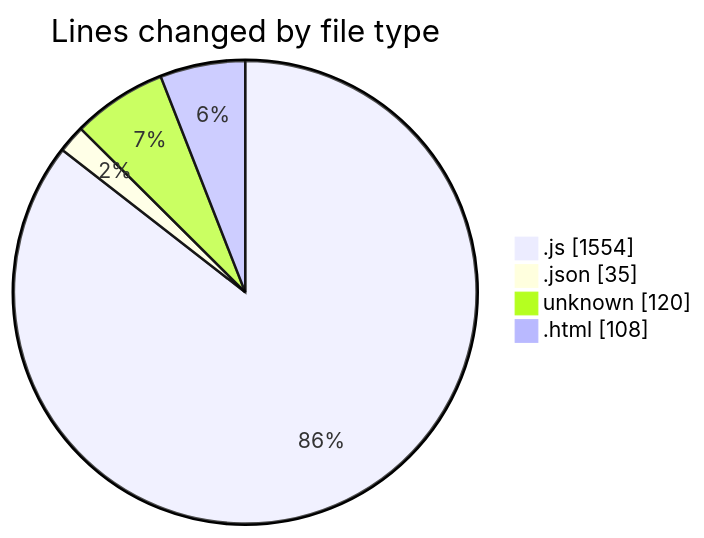
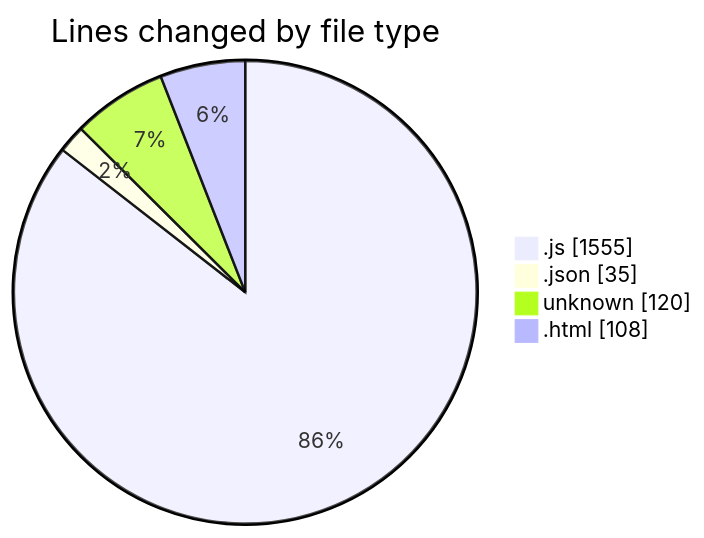
The first of 2 diagrams in 2026-02-20/bot_i_a/README.md (becaeroporto-bot/code-tracking), drawn with Mermaid before and after one commit. The commit also changed other lines of this file and 1 other file, not shown here.

````diff
--- a/2026-02-20/bot_i_a/README.md
+++ b/2026-02-20/bot_i_a/README.md
@@ -39,8 +39,8 @@
 ```mermaid
 pie showData
 title Lines changed by file type
-".js" : 1554
+".js" : 1555
 ".json" : 35
 "unknown" : 120
 ".html" : 108
 ```
````
